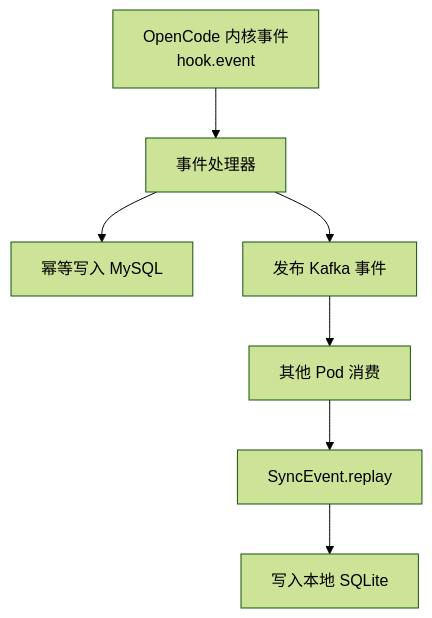
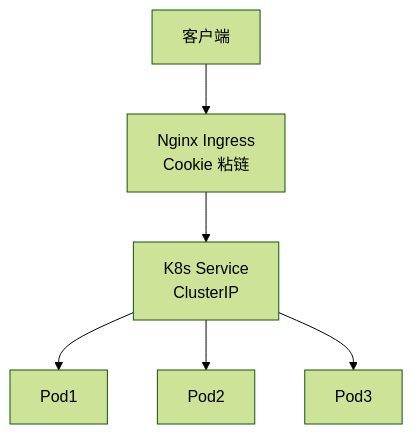
One commit to ArchAIHarness/docs changed the fourth of 13 diagrams in 0xA0_实践方法/0xA6_OpenCodeK8S集群部署指南.md. Above: the diagram before and after it, drawn with Mermaid (forest theme). The commit also changed other lines of this file, not shown here.

Commit message:
docs(0xA6): 恢复 OpenCode K8S 完整设计要素

````diff
--- a/0xA0_实践方法/0xA6_OpenCodeK8S集群部署指南.md
+++ b/0xA0_实践方法/0xA6_OpenCodeK8S集群部署指南.md
@@ -187,9 +188,8 @@
 ```mermaid
-flowchart TD
-    E[OpenCode 内核事件<br/>hook.event] --> H[事件处理器]
-    H --> M[幂等写入 MySQL]
-    H --> K[发布 Kafka 事件]
-    K --> C[其他 Pod 消费]
-    C --> R[SyncEvent.replay]
-    R --> S[写入本地 SQLite]
+flowchart TB
+    C[客户端] --> I[Nginx Ingress<br/>Cookie 粘链]
+    I --> S[K8s Service<br/>ClusterIP]
+    S --> P1[Pod1]
+    S --> P2[Pod2]
+    S --> P3[Pod3]
 ```
````
